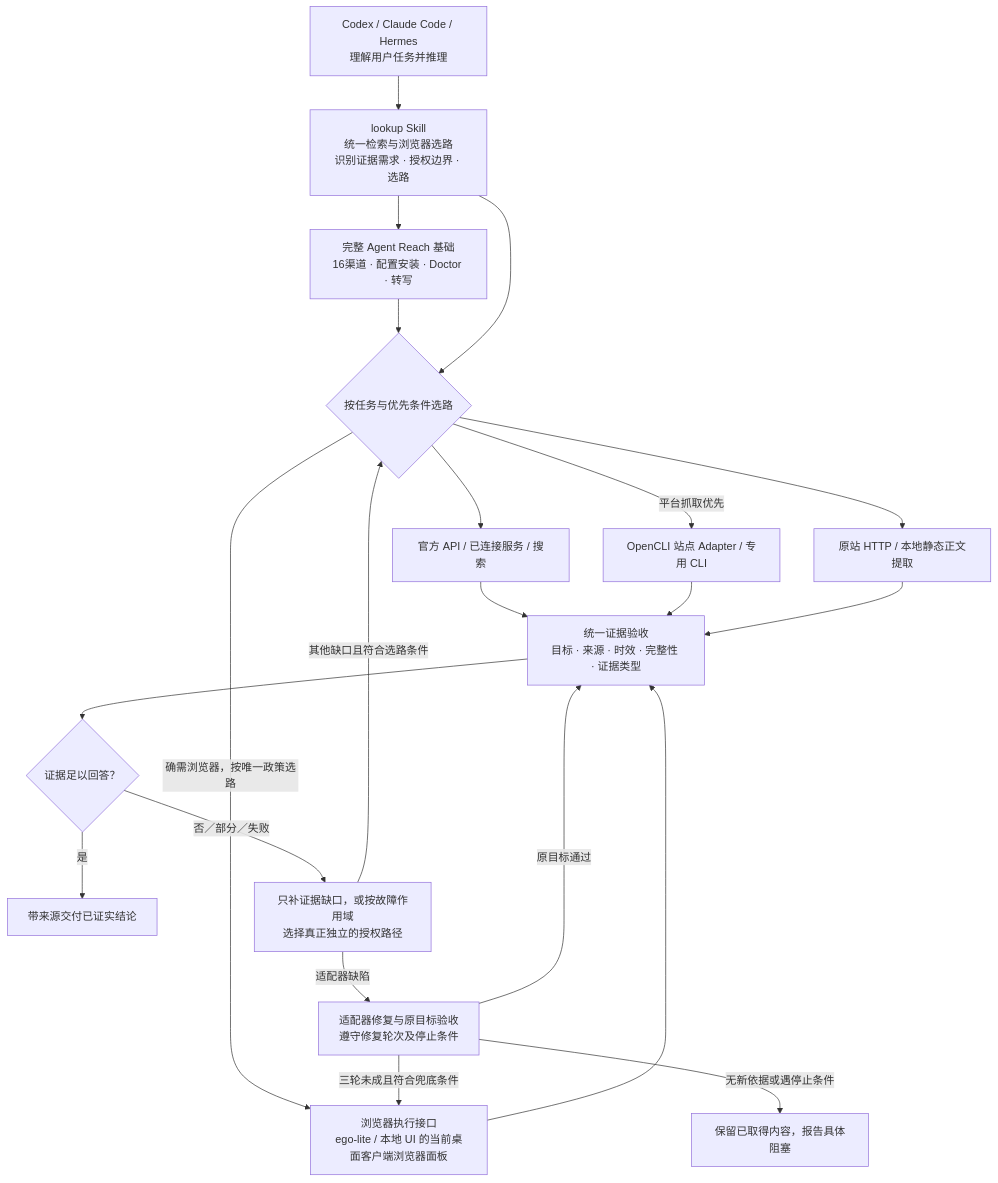
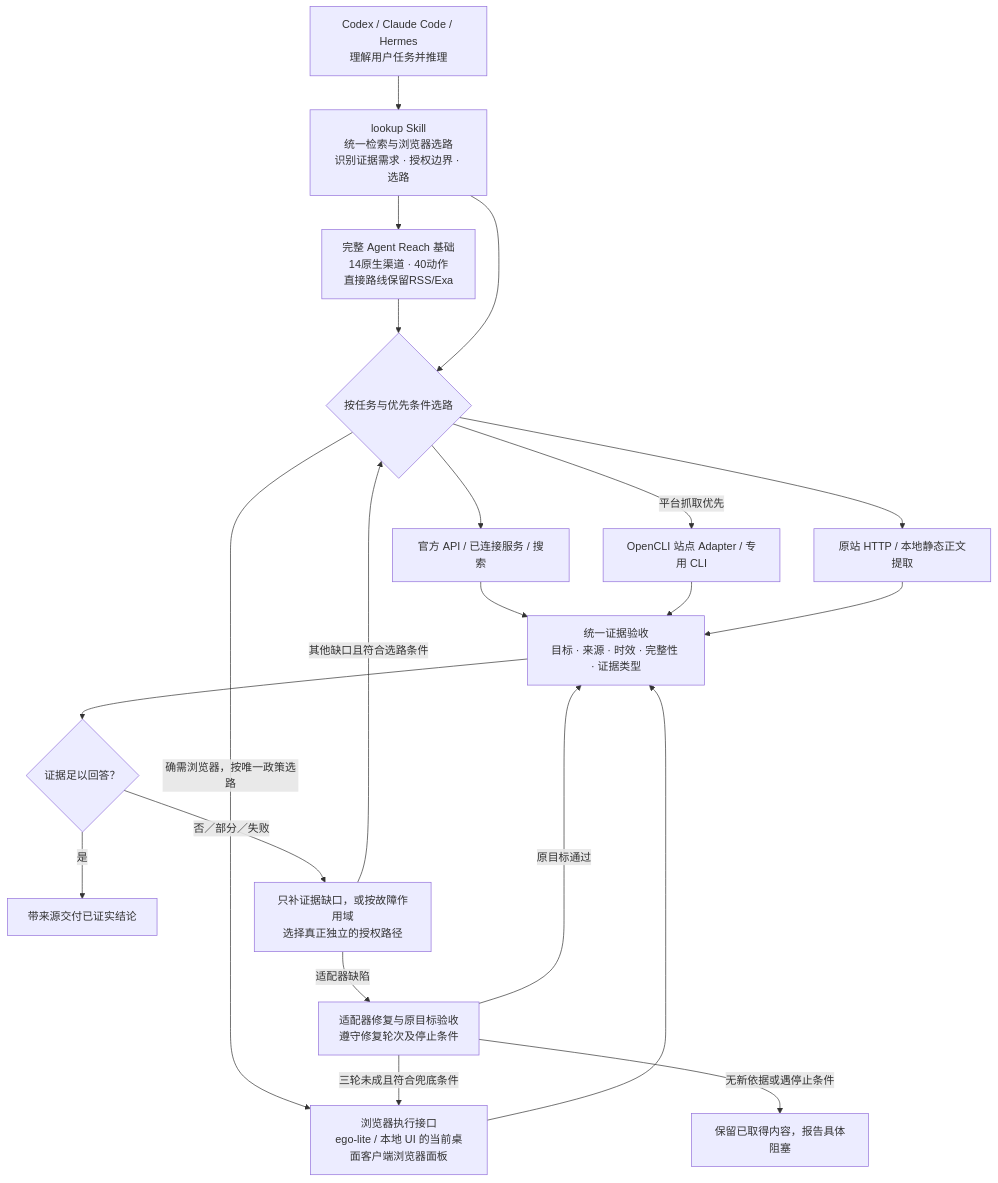
One commit to ldl8818/skills changed the diagram in lookup/README.md. Above: the diagram before and after it, drawn with Mermaid. The commit also changed other lines of this file and 105 other files, not shown here.

````diff
--- a/lookup/README.md
+++ b/lookup/README.md
@@ -62,38 +62,38 @@
 ```mermaid
 flowchart TB
     agent["Codex / Claude Code / Hermes<br/>理解用户任务并推理"]
     lookup["lookup Skill<br/>统一检索与浏览器选路<br/>识别证据需求 · 授权边界 · 选路"]
-    reach["完整 Agent Reach 基础<br/>16渠道 · 配置安装 · Doctor · 转写"]
+    reach["完整 Agent Reach 基础<br/>14原生渠道 · 40动作<br/>直接路线保留RSS/Exa"]
     choose{"按任务与优先条件选路"}
     official["官方 API / 已连接服务 / 搜索"]
     adapters["OpenCLI 站点 Adapter / 专用 CLI"]
     static["原站 HTTP / 本地静态正文提取"]
     browser["浏览器执行接口<br/>ego-lite / 本地 UI 的当前桌面客户端浏览器面板"]
     evidence["统一证据验收<br/>目标 · 来源 · 时效 · 完整性 · 证据类型"]
     enough{"证据足以回答？"}
     done["带来源交付已证实结论"]
     recover["只补证据缺口，或按故障作用域<br/>选择真正独立的授权路径"]
     repair["适配器修复与原目标验收<br/>遵守修复轮次及停止条件"]
     blocked["保留已取得内容，报告具体阻塞"]
 
     agent --> lookup
     lookup --> reach
     reach --> choose
     lookup --> choose
     choose --> official
     choose -->|平台抓取优先| adapters
     choose --> static
     choose -->|确需浏览器，按唯一政策选路| browser
     official --> evidence
     adapters --> evidence
     static --> evidence
     browser --> evidence
     evidence --> enough
     enough -->|是| done
     enough -->|否／部分／失败| recover
     recover -->|适配器缺陷| repair
     recover -->|其他缺口且符合选路条件| choose
     repair -->|原目标通过| evidence
     repair -->|三轮未成且符合兜底条件| browser
     repair -->|无新依据或遇停止条件| blocked
 ```
````
